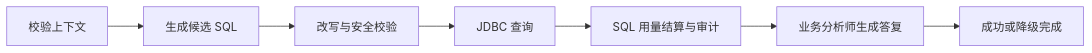
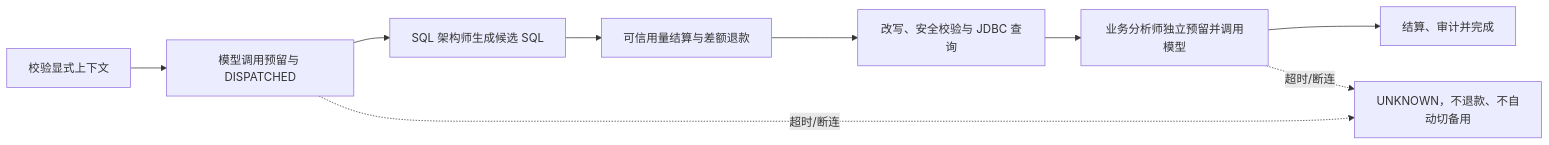
One commit to yuxiuliang/lingsql-engine changed the second of 4 diagrams in docs/Agent插件底座架构.md. Above: the diagram before and after it, drawn with Mermaid. The commit also changed other lines of this file and 54 other files, not shown here.

````diff
--- a/docs/Agent插件底座架构.md
+++ b/docs/Agent插件底座架构.md
@@ -77,9 +77,11 @@
 ```mermaid
 flowchart LR
-    A["校验上下文"] --> B["生成候选 SQL"]
-    B --> C["改写与安全校验"]
-    C --> D["JDBC 查询"]
-    D --> E["SQL 用量结算与审计"]
-    E --> F["业务分析师生成答复"]
-    F --> G["成功或降级完成"]
+    A["校验显式上下文"] --> B["模型调用预留与 DISPATCHED"]
+    B --> C["SQL 架构师生成候选 SQL"]
+    C --> D["可信用量结算与差额退款"]
+    D --> E["改写、安全校验与 JDBC 查询"]
+    E --> F["业务分析师独立预留并调用模型"]
+    F --> G["结算、审计并完成"]
+    B -. "超时/断连" .-> U["UNKNOWN，不退款、不自动切备用"]
+    F -. "超时/断连" .-> U
 ```
````
